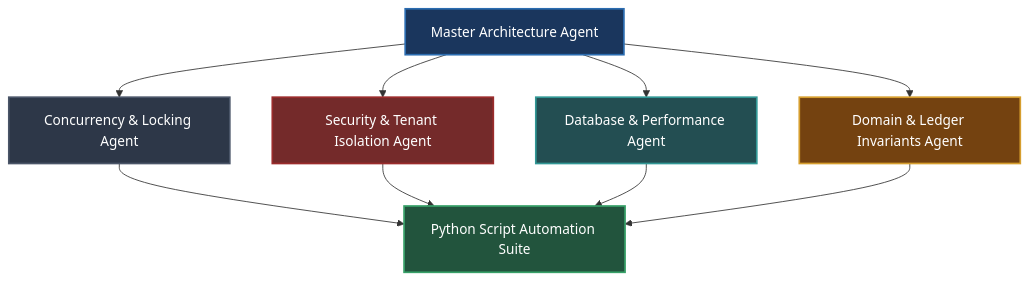
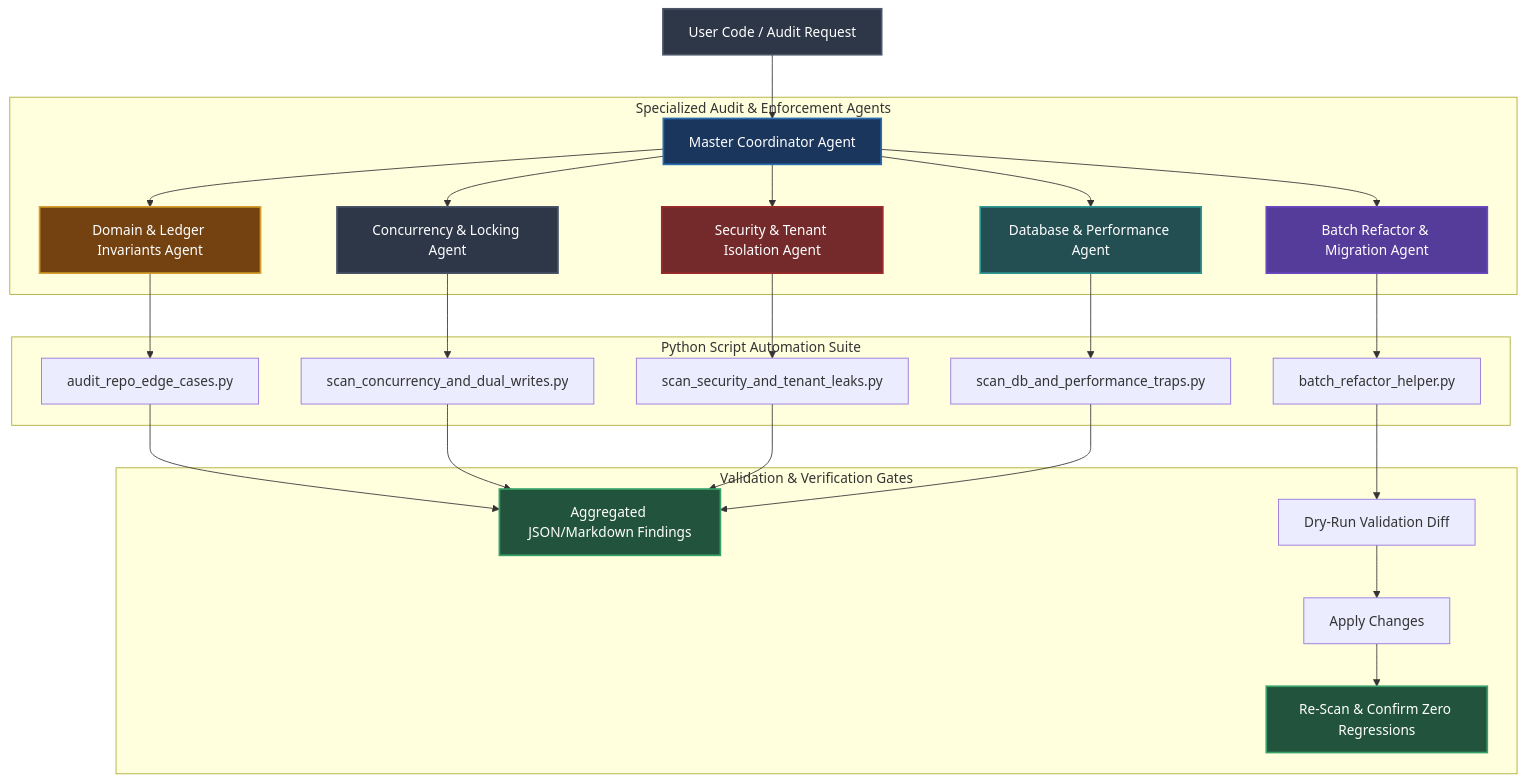
The first of 3 diagrams in rules/edgeCases/agents/AGENTS.md (Chief-Strategist-J/llm-obs-policies), drawn with Mermaid before and after one commit. The commit also changed other lines of this file, not shown here.

Commit message:
docs(agents): add mermaid diagrams, decision tables, and remediation matrices to AGENTS.md

````diff
--- a/rules/edgeCases/agents/AGENTS.md
+++ b/rules/edgeCases/agents/AGENTS.md
@@ -18,19 +18,40 @@
 ```mermaid
 flowchart TD
-    Coordinator[Master Architecture Agent] --> ConcurrencyAgent[Concurrency & Locking Agent]
-    Coordinator --> SecurityAgent[Security & Tenant Isolation Agent]
-    Coordinator --> DBAgent[Database & Performance Agent]
-    Coordinator --> DomainAgent[Domain & Ledger Invariants Agent]
+    UserRequest[User Code / Audit Request] --> Coordinator[Master Coordinator Agent]
+    
+    subgraph Specialized_Agent_Roster [Specialized Audit & Enforcement Agents]
+        Coordinator --> ConcurrencyAgent[Concurrency & Locking Agent]
+        Coordinator --> SecurityAgent[Security & Tenant Isolation Agent]
+        Coordinator --> DBAgent[Database & Performance Agent]
+        Coordinator --> DomainAgent[Domain & Ledger Invariants Agent]
+        Coordinator --> RefactorAgent[Batch Refactor & Migration Agent]
+    end
 
-    ConcurrencyAgent --> Scripts[Python Script Automation Suite]
-    SecurityAgent --> Scripts
-    DBAgent --> Scripts
-    DomainAgent --> Scripts
+    subgraph Tooling_Execution_Plane [Python Script Automation Suite]
+        ConcurrencyAgent --> S1[scan_concurrency_and_dual_writes.py]
+        SecurityAgent --> S2[scan_security_and_tenant_leaks.py]
+        DBAgent --> S3[scan_db_and_performance_traps.py]
+        DomainAgent --> S0[audit_repo_edge_cases.py]
+        RefactorAgent --> S4[batch_refactor_helper.py]
+    end
 
+    subgraph Output_Validation [Validation & Verification Gates]
+        S0 --> Report[Aggregated JSON/Markdown Findings]
+        S1 --> Report
+        S2 --> Report
+        S3 --> Report
+        S4 --> DryRun[Dry-Run Validation Diff]
+        DryRun --> Apply[Apply Changes]
+        Apply --> ReAudit[Re-Scan & Confirm Zero Regressions]
+    end
+
+    style UserRequest fill:#2D3748,stroke:#4A5568,stroke-width:2px,color:#fff
     style Coordinator fill:#1A365D,stroke:#2B6CB0,stroke-width:2px,color:#fff
     style ConcurrencyAgent fill:#2D3748,stroke:#4A5568,stroke-width:2px,color:#fff
     style SecurityAgent fill:#742A2A,stroke:#9B2C2C,stroke-width:2px,color:#fff
     style DBAgent fill:#234E52,stroke:#319795,stroke-width:2px,color:#fff
     style DomainAgent fill:#744210,stroke:#D69E2E,stroke-width:2px,color:#fff
-    style Scripts fill:#22543D,stroke:#38A169,stroke-width:2px,color:#fff
+    style RefactorAgent fill:#553C9A,stroke:#6B46C1,stroke-width:2px,color:#fff
+    style Report fill:#22543D,stroke:#38A169,stroke-width:2px,color:#fff
+    style ReAudit fill:#22543D,stroke:#38A169,stroke-width:2px,color:#fff
 ```
````
